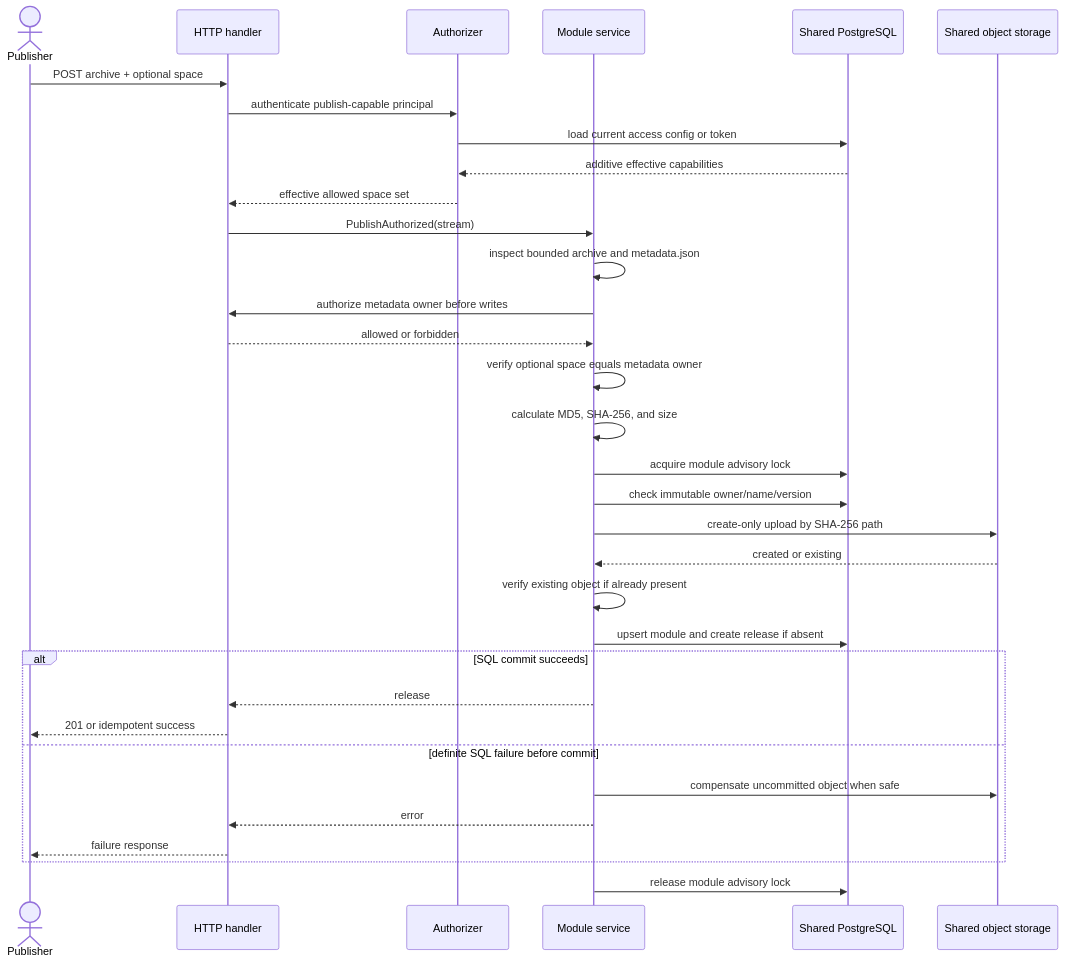
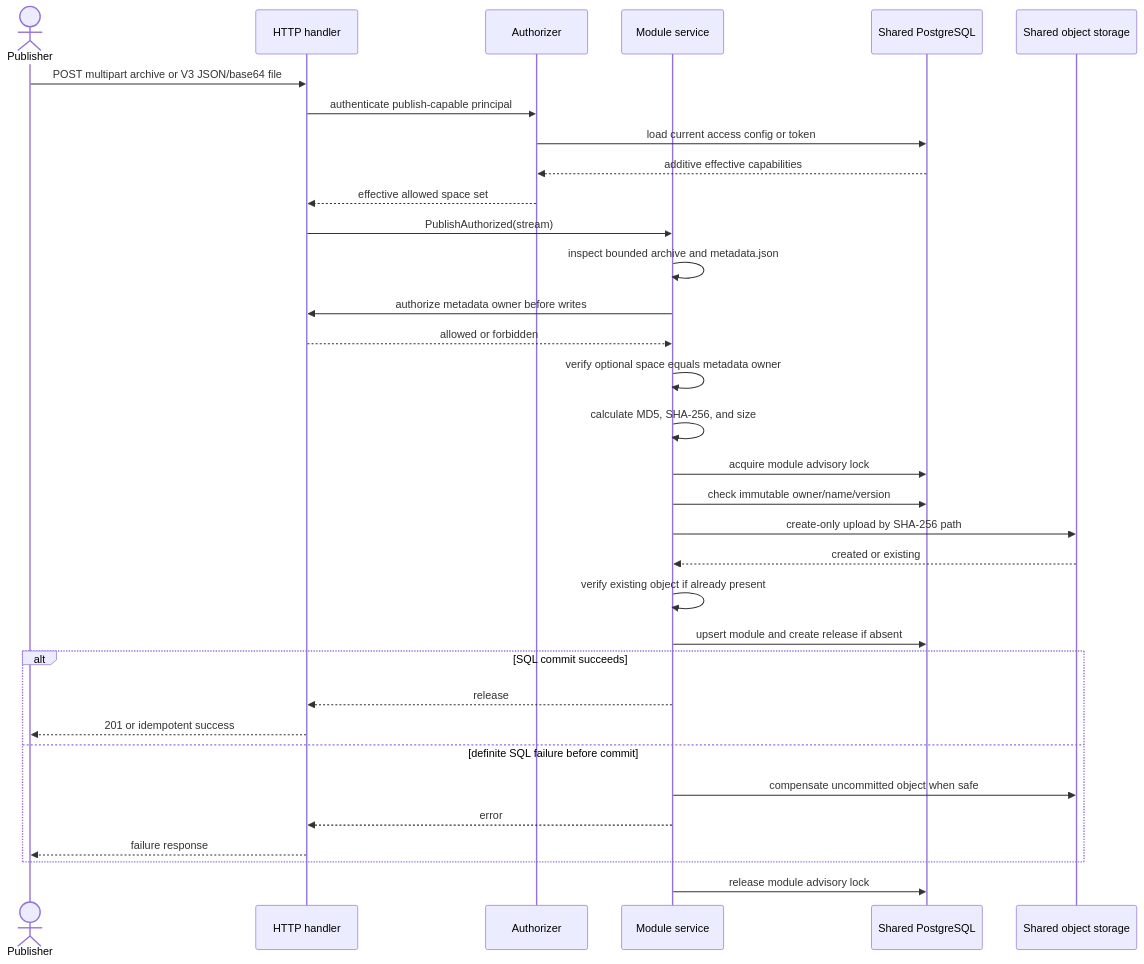
One commit to zxzharmlesszxz/puppet-forge changed the fourth of 10 diagrams in SCHEMA.md. Above: the diagram before and after it, drawn with Mermaid. The commit also changed other lines of this file and 11 other files, not shown here.

````diff
--- a/SCHEMA.md
+++ b/SCHEMA.md
@@ -258,36 +261,36 @@
 ```mermaid
 sequenceDiagram
     actor C as Publisher
     participant H as HTTP handler
     participant A as Authorizer
     participant S as Module service
     participant DB as Shared PostgreSQL
     participant O as Shared object storage
 
-    C->>H: POST archive + optional space
+    C->>H: POST multipart archive or V3 JSON/base64 file
     H->>A: authenticate publish-capable principal
     A->>DB: load current access config or token
     DB-->>A: additive effective capabilities
     A-->>H: effective allowed space set
     H->>S: PublishAuthorized(stream)
     S->>S: inspect bounded archive and metadata.json
     S->>H: authorize metadata owner before writes
     H-->>S: allowed or forbidden
     S->>S: verify optional space equals metadata owner
     S->>S: calculate MD5, SHA-256, and size
     S->>DB: acquire module advisory lock
     S->>DB: check immutable owner/name/version
     S->>O: create-only upload by SHA-256 path
     O-->>S: created or existing
     S->>S: verify existing object if already present
     S->>DB: upsert module and create release if absent
     alt SQL commit succeeds
         S-->>H: release
         H-->>C: 201 or idempotent success
     else definite SQL failure before commit
         S->>O: compensate uncommitted object when safe
         S-->>H: error
         H-->>C: failure response
     end
     S->>DB: release module advisory lock
 ```
````
